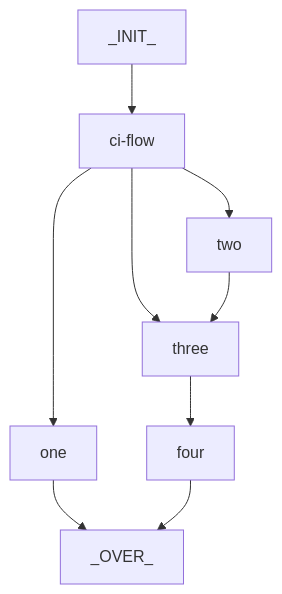
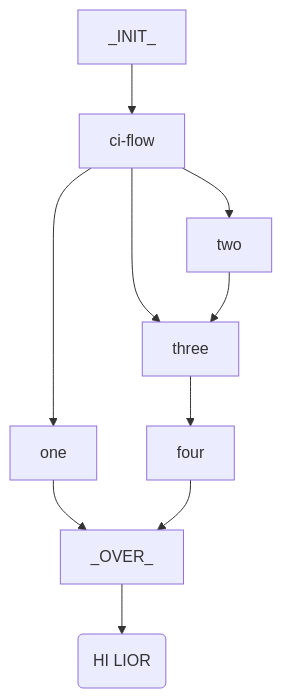
The first of 2 diagrams in README.md (ydzvulon/tasker), drawn with Mermaid before and after one commit. The commit also changed other lines of this file and 3 other files, not shown here.

````diff
--- a/README.md
+++ b/README.md
@@ -5,11 +14,12 @@
-```mermaid
-flowchart TB
-    A_[_INIT_] --> ci-flow
-    ci-flow --> one
-    ci-flow --> two
-    ci-flow --> three
-    one --> Z_
-    two --> three
-    three --> four
-    four --> Z_[_OVER_]
-```
+    ```mermaid
+    flowchart TB
+        A_[_INIT_] --> ci-flow
+        ci-flow --> one
+        ci-flow --> two
+        ci-flow --> three
+        one --> Z_
+        two --> three
+        three --> four
+        four --> Z_[_OVER_]
+        Z_ --> K("HI LIOR")
+    ```
````
